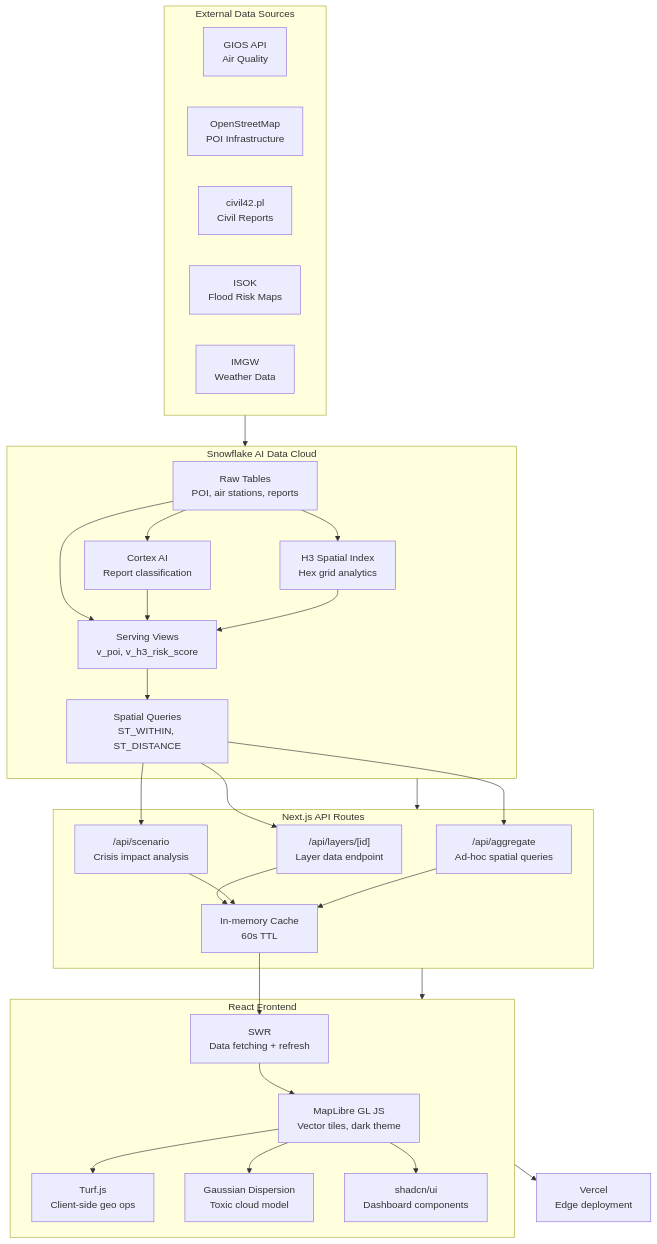
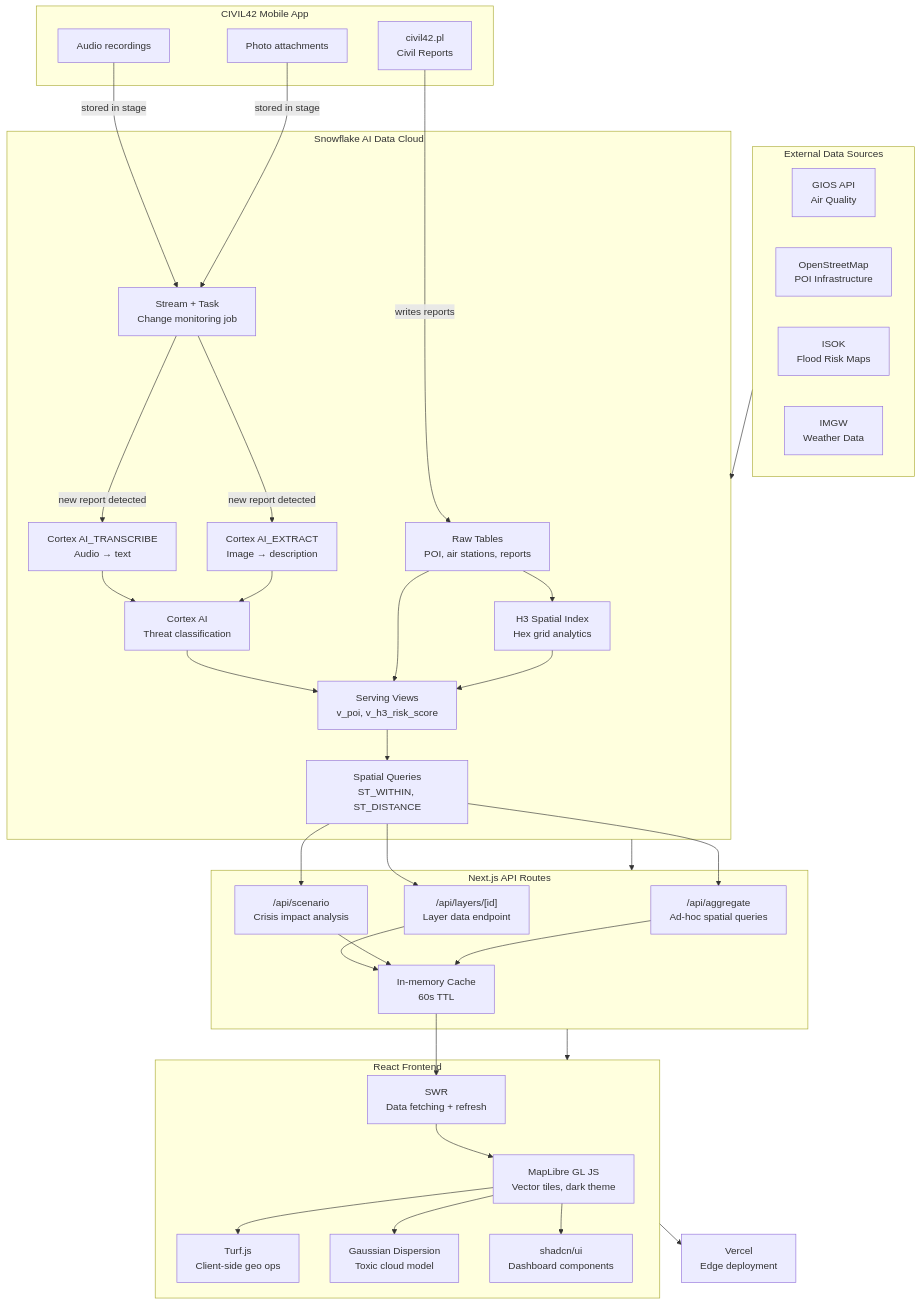
The diagram in README.md (pablo-mano/sztab-kryzysowy), drawn with Mermaid before and after one commit. The commit also changed other lines of this file, not shown here.

Commit message:
Expand architecture diagram with CIVIL42 → Snowflake Cortex AI pipeline
- Add CIVIL42 mobile app as separate source with audio/photo flows
- Add Stream + Task for change monitoring on reports table
- Add AI_TRANSCRIBE (audio→text) and AI_EXTRACT (image→description) nodes
- Show full pipeline: ingest → stream detect → AI process → classify → serve

````diff
--- a/README.md
+++ b/README.md
@@ -44,60 +44,76 @@
 ```mermaid
 flowchart TB
     subgraph sources["External Data Sources"]
         GIOS["GIOS API\nAir Quality"]
         OSM["OpenStreetMap\nPOI Infrastructure"]
-        CIVIL["civil42.pl\nCivil Reports"]
         ISOK["ISOK\nFlood Risk Maps"]
         IMGW["IMGW\nWeather Data"]
+    end
+
+    subgraph civil42["CIVIL42 Mobile App"]
+        APP["civil42.pl\nCivil Reports"]
+        AUDIO["Audio recordings"]
+        PHOTO["Photo attachments"]
     end
 
     subgraph snowflake["Snowflake AI Data Cloud"]
         RAW["Raw Tables\nPOI, air stations, reports"]
         H3["H3 Spatial Index\nHex grid analytics"]
-        AI["Cortex AI\nReport classification"]
+        STREAM["Stream + Task\nChange monitoring job"]
+        TRANSCRIBE["Cortex AI_TRANSCRIBE\nAudio → text"]
+        EXTRACT["Cortex AI_EXTRACT\nImage → description"]
+        CLASSIFY["Cortex AI\nThreat classification"]
         VIEWS["Serving Views\nv_poi, v_h3_risk_score"]
         SPATIAL["Spatial Queries\nST_WITHIN, ST_DISTANCE"]
     end
 
     subgraph backend["Next.js API Routes"]
         LAYERS["/api/layers/[id]\nLayer data endpoint"]
         SCENARIO["/api/scenario\nCrisis impact analysis"]
         AGGREGATE["/api/aggregate\nAd-hoc spatial queries"]
         CACHE["In-memory Cache\n60s TTL"]
     end
 
     subgraph frontend["React Frontend"]
         MAP["MapLibre GL JS\nVector tiles, dark theme"]
         TURF["Turf.js\nClient-side geo ops"]
         GAUSS["Gaussian Dispersion\nToxic cloud model"]
         SWR["SWR\nData fetching + refresh"]
         UI["shadcn/ui\nDashboard components"]
     end
 
     DEPLOY["Vercel\nEdge deployment"]
 
     sources --> snowflake
+    APP -->|"writes reports"| RAW
+    AUDIO -->|"stored in stage"| STREAM
+    PHOTO -->|"stored in stage"| STREAM
+
+    STREAM -->|"new report detected"| TRANSCRIBE
+    STREAM -->|"new report detected"| EXTRACT
+    TRANSCRIBE --> CLASSIFY
+    EXTRACT --> CLASSIFY
+    CLASSIFY --> VIEWS
+
     RAW --> H3
-    RAW --> AI
     RAW --> VIEWS
-    AI --> VIEWS
     H3 --> VIEWS
     VIEWS --> SPATIAL
 
     snowflake --> backend
     SPATIAL --> LAYERS
     SPATIAL --> SCENARIO
     SPATIAL --> AGGREGATE
     LAYERS --> CACHE
     SCENARIO --> CACHE
     AGGREGATE --> CACHE
 
     backend --> frontend
     CACHE --> SWR
     SWR --> MAP
     MAP --> TURF
     MAP --> GAUSS
     MAP --> UI
 
     frontend --> DEPLOY
 ```
````
